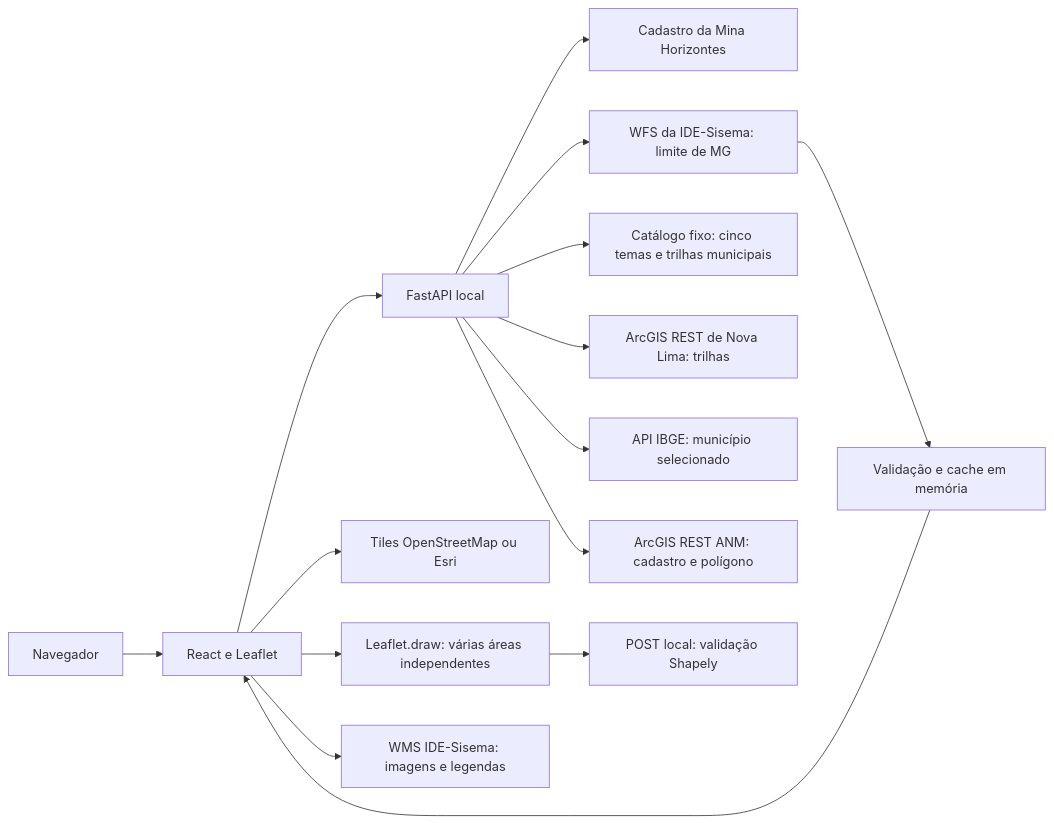
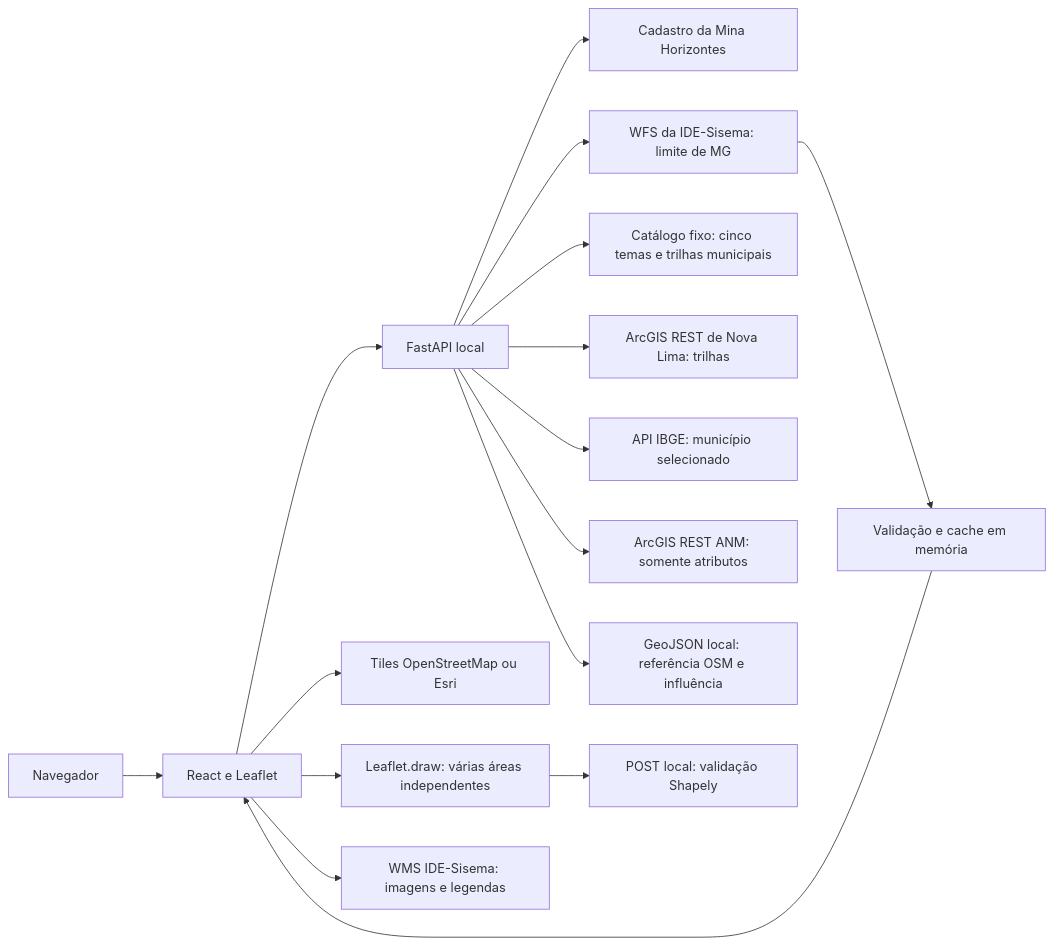
The diagram in docs/ARQUITETURA.md (Rafael-Inacio-Silva/Geo_Vale), drawn with Mermaid before and after one commit. The commit also changed other lines of this file and 36 other files, not shown here.

````diff
--- a/docs/ARQUITETURA.md
+++ b/docs/ARQUITETURA.md
@@ -3,17 +3,18 @@
 ```mermaid
 flowchart LR
     U[Navegador] --> F[React e Leaflet]
     F --> A[FastAPI local]
     A --> C[Cadastro da Mina Horizontes]
     A --> W[WFS da IDE-Sisema: limite de MG]
     W --> M[Validação e cache em memória]
     M --> F
     F --> T[Tiles OpenStreetMap ou Esri]
     A --> G[Catálogo fixo: cinco temas e trilhas municipais]
     A --> P[ArcGIS REST de Nova Lima: trilhas]
     A --> I[API IBGE: município selecionado]
-    A --> N[ArcGIS REST ANM: cadastro e polígono]
+    A --> N[ArcGIS REST ANM: somente atributos]
+    A --> R[GeoJSON local: referência OSM e influência]
     F --> D[Leaflet.draw: várias áreas independentes]
     D --> V[POST local: validação Shapely]
     F --> S[WMS IDE-Sisema: imagens e legendas]
 ```
````
